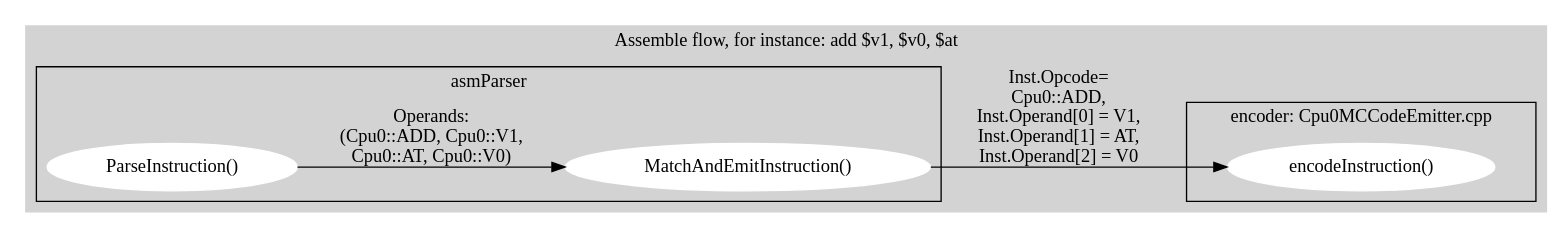
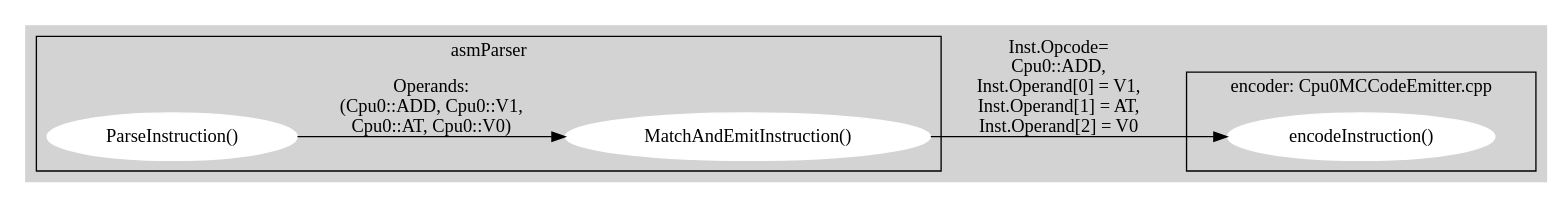
The diagram in Fig/asm/asmDfdEx.gv (Jonathan2251/lbd), drawn with Graphviz before and after one commit. The commit also changed 26 other files, not shown here.

```diff
--- a/Fig/asm/asmDfdEx.gv
+++ b/Fig/asm/asmDfdEx.gv
@@ -1,22 +1,22 @@
 // Free usage license, author: Chung-Shu Chen 陳鍾樞
 // dot -Tpng asmDfdEx.gv -oasmDfdEx.png
 
 digraph G {
   rankdir=LR;
   subgraph cluster_2 {
     style=filled;
-    label = "Assemble flow, for instance: add $v1, $v0, $at";
+//    label = "Assemble flow, for instance: add $v1, $v0, $at";
     subgraph clusterA {
       label = "asmParser";
       node [style=filled,color=white]; ParseInstruction [label="ParseInstruction()"];
       node [style=filled,color=white]; MatchAndEmitInstruction [label="MatchAndEmitInstruction()"];
       ParseInstruction -> MatchAndEmitInstruction [ label = "Operands:\n (Cpu0::ADD, Cpu0::V1,\n Cpu0::AT, Cpu0::V0)" ];
     }
     subgraph clusterB {
       label = "encoder: Cpu0MCCodeEmitter.cpp";
       node [style=filled,color=white]; encodeInstruction [label="encodeInstruction()"];
     }
     MatchAndEmitInstruction -> encodeInstruction [ label = "Inst.Opcode=\nCpu0::ADD,\nInst.Operand[0] = V1,\nInst.Operand[1] = AT,\nInst.Operand[2] = V0" ];
     color=lightgrey
   }
 }
```
